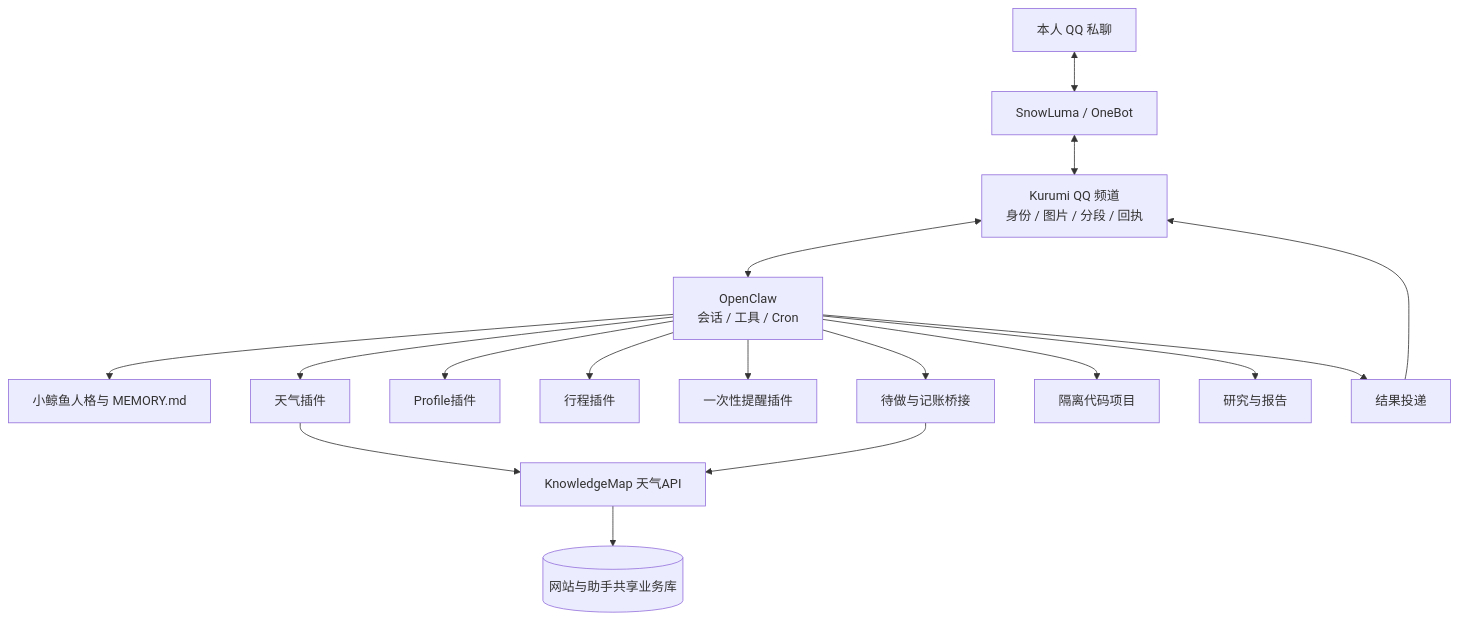
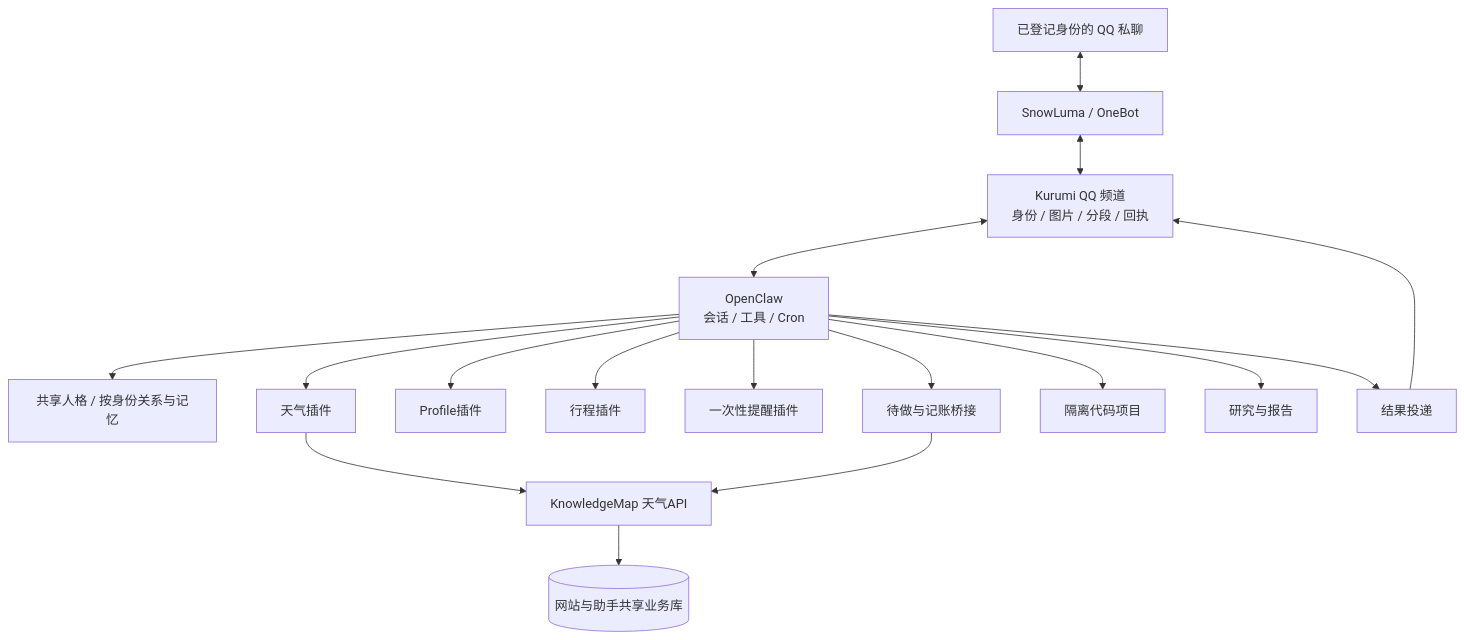
Before and after one commit to zsh-afrangry/MyBot: the diagram in docs/9_QQ融合助手架构与开发计划.md, drawn with Mermaid. The commit also changed other lines of this file and 7 other files, not shown here.

````diff
--- a/docs/9_QQ融合助手架构与开发计划.md
+++ b/docs/9_QQ融合助手架构与开发计划.md
@@ -9,19 +9,19 @@
 ```mermaid
 flowchart TD
-  Q[本人 QQ 私聊] <--> S[SnowLuma / OneBot]
+  Q[已登记身份的 QQ 私聊] <--> S[SnowLuma / OneBot]
   S <--> C[Kurumi QQ 频道\n身份 / 图片 / 分段 / 回执]
   C <--> O[OpenClaw\n会话 / 工具 / Cron]
-  O --> P[小鲸鱼人格与 MEMORY.md]
+  O --> P[共享人格 / 按身份关系与记忆]
   O --> B[天气插件]
   O --> PF[Profile插件]
   O --> PL[行程插件]
   O --> RM[一次性提醒插件]
   O --> K[待做与记账桥接]
   B --> API[KnowledgeMap 天气API]
   K --> API
   API --> DB[(网站与助手共享业务库)]
   O --> W[隔离代码项目]
   O --> R[研究与报告]
   O --> D[结果投递]
   D --> C
 ```
````
